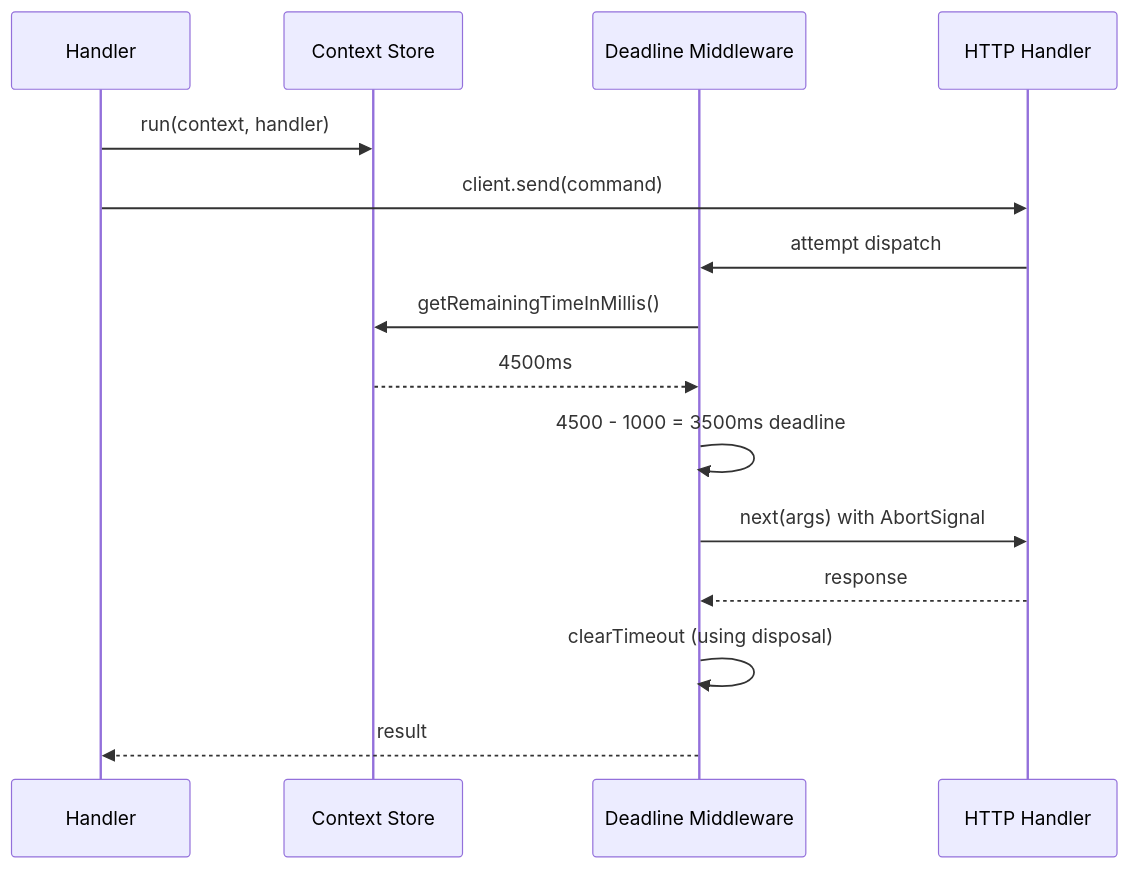
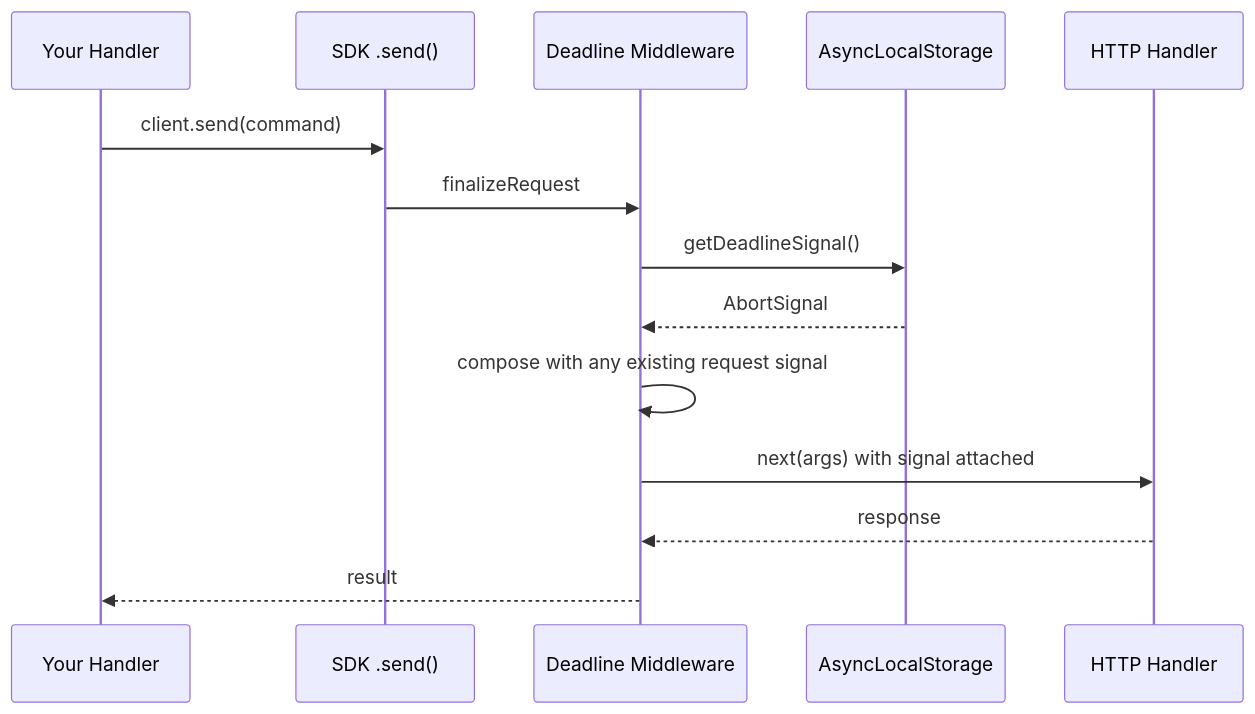
Before and after one commit to mikkopiu/lambda-deadline-middleware: the second of 3 diagrams in ARCHITECTURE.md, drawn with Mermaid. The commit also changed other lines of this file and 23 other files, not shown here.

First line of the commit message:
feat!: Single signal per invocation, drop per-request timer

````diff
--- a/ARCHITECTURE.md
+++ b/ARCHITECTURE.md
@@ -11,18 +34,17 @@
 ```mermaid
 sequenceDiagram
-    participant H as Handler
-    participant CS as Context Store
+    participant H as Your Handler
+    participant SDK as SDK .send()
     participant MW as Deadline Middleware
-    participant SDK as HTTP Handler
+    participant ALS as AsyncLocalStorage
+    participant HTTP as HTTP Handler
 
-    H->>CS: run(context, handler)
     H->>SDK: client.send(command)
-    SDK->>MW: attempt dispatch
-    MW->>CS: getRemainingTimeInMillis()
-    CS-->>MW: 4500ms
-    MW->>MW: 4500 - 1000 = 3500ms deadline
-    MW->>SDK: next(args) with AbortSignal
-    SDK-->>MW: response
-    MW->>MW: clearTimeout (using disposal)
+    SDK->>MW: finalizeRequest
+    MW->>ALS: getDeadlineSignal()
+    ALS-->>MW: AbortSignal
+    MW->>MW: compose with any existing request signal
+    MW->>HTTP: next(args) with signal attached
+    HTTP-->>MW: response
     MW-->>H: result
 ```
````
